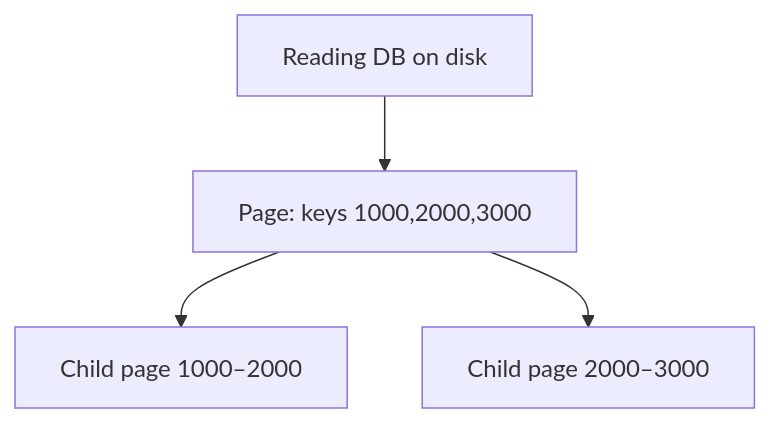
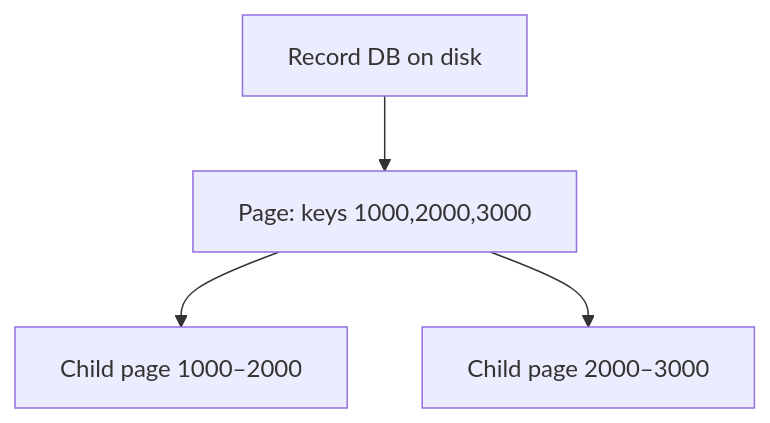
One commit to qgjones9/python-programming-guide changed the fifth of 6 diagrams in docs/dsa/data-structures/2-3-4-tree/index.md. Above: the diagram before and after it, drawn with Mermaid. The commit also changed other lines of this file and 31 other files, not shown here.

````diff
--- a/docs/dsa/data-structures/2-3-4-tree/index.md
+++ b/docs/dsa/data-structures/2-3-4-tree/index.md
@@ -327,7 +327,7 @@
 ```mermaid
 flowchart TB
-  DB["Reading DB on disk"]
+  DB["Record DB on disk"]
   DB --> P1["Page: keys 1000,2000,3000"]
   P1 --> P2["Child page 1000–2000"]
   P1 --> P3["Child page 2000–3000"]
 ```
````
